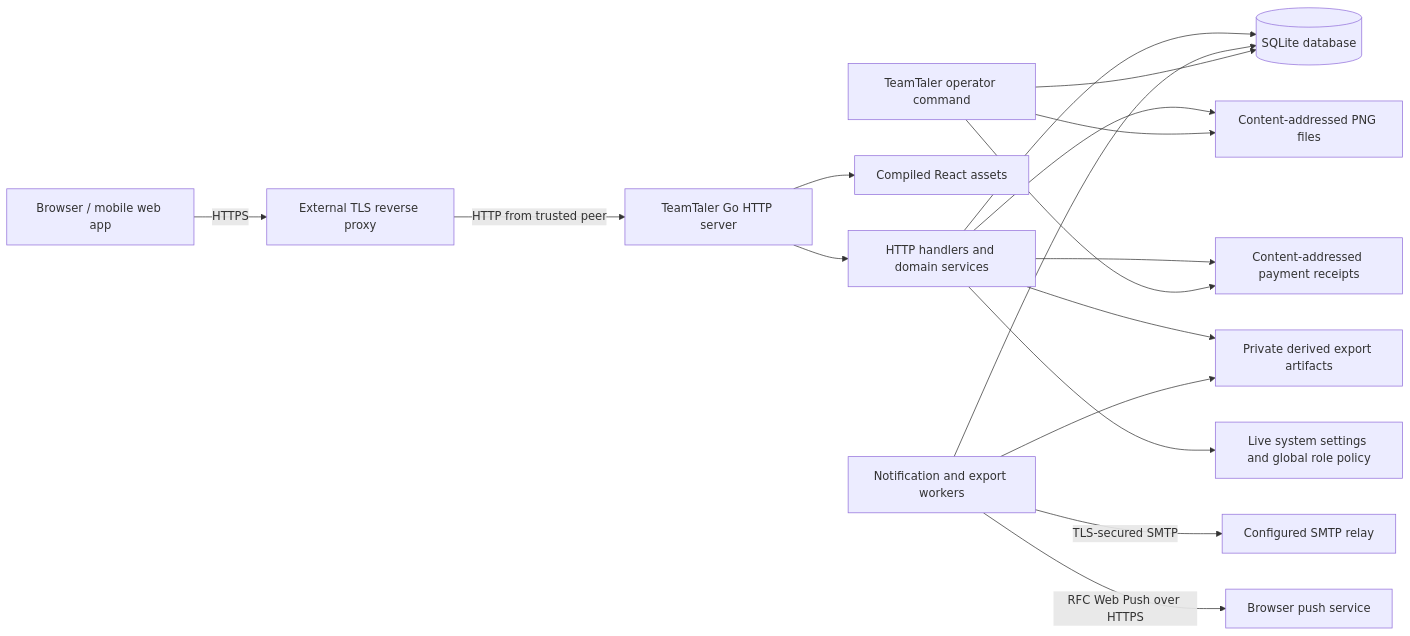
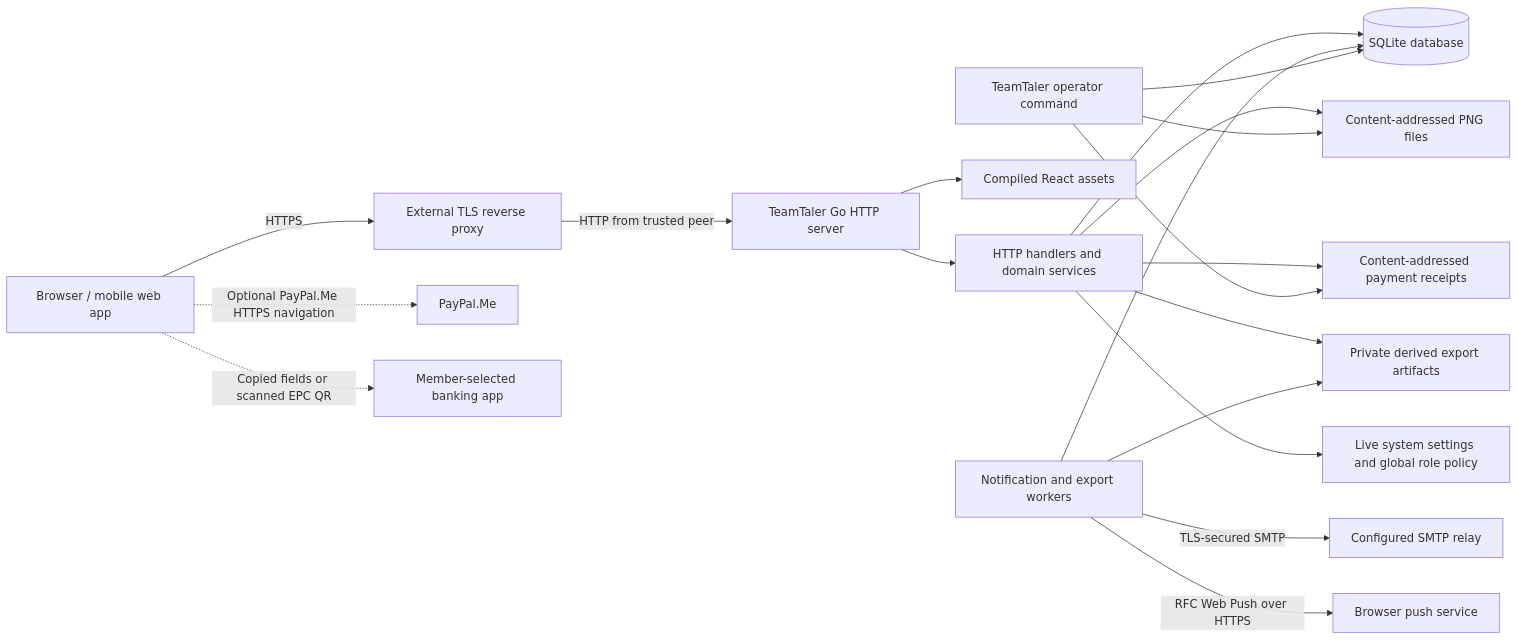
Before and after one commit to DasLukas/TeamTaler: the first of 2 diagrams in ARCHITECTURE.md, drawn with Mermaid. The commit also changed other lines of this file and 37 other files, not shown here.

````diff
--- a/ARCHITECTURE.md
+++ b/ARCHITECTURE.md
@@ -9,19 +9,21 @@
 ```mermaid
 flowchart LR
     Browser["Browser / mobile web app"] -->|HTTPS| Proxy["External TLS reverse proxy"]
     Proxy -->|HTTP from trusted peer| HTTP["TeamTaler Go HTTP server"]
     HTTP --> API["HTTP handlers and domain services"]
     HTTP --> SPA["Compiled React assets"]
     API --> DB[("SQLite database")]
     API --> Images["Content-addressed PNG files"]
     API --> Receipts["Content-addressed payment receipts"]
     API --> Exports["Private derived export artifacts"]
     API --> System["Live system settings and global role policy"]
     Worker["Notification and export workers"] --> DB
     Worker --> Exports
     Worker -->|"TLS-secured SMTP"| SMTP["Configured SMTP relay"]
     Worker -->|"RFC Web Push over HTTPS"| Push["Browser push service"]
+    Browser -.->|"Optional PayPal.Me HTTPS navigation"| PayPal["PayPal.Me"]
+    Browser -.->|"Copied fields or scanned EPC QR"| Bank["Member-selected banking app"]
     CLI["TeamTaler operator command"] --> DB
     CLI --> Images
     CLI --> Receipts
 ```
````
